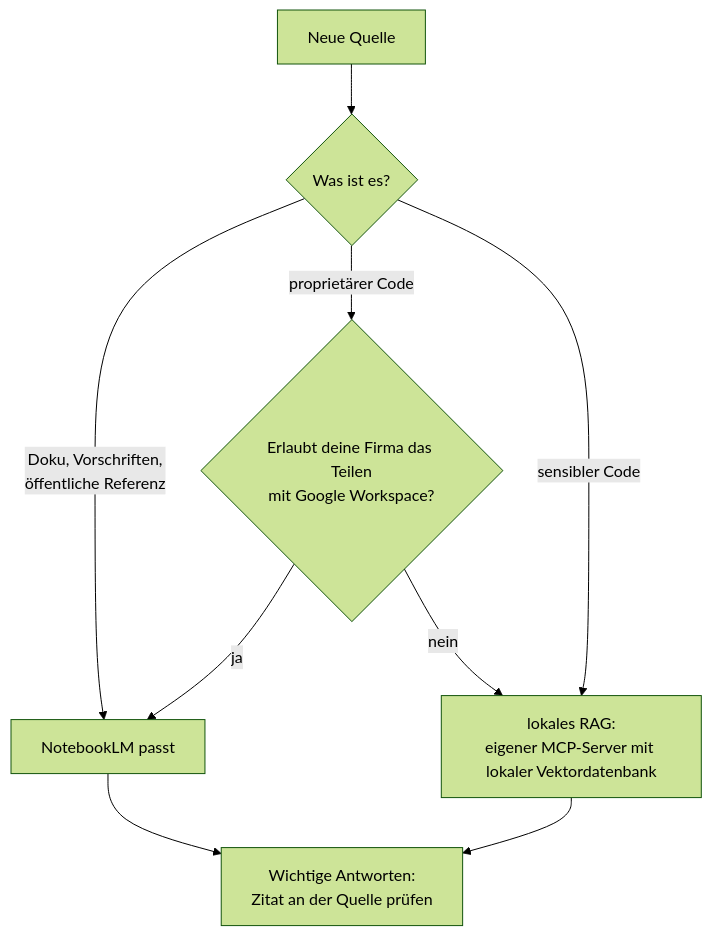
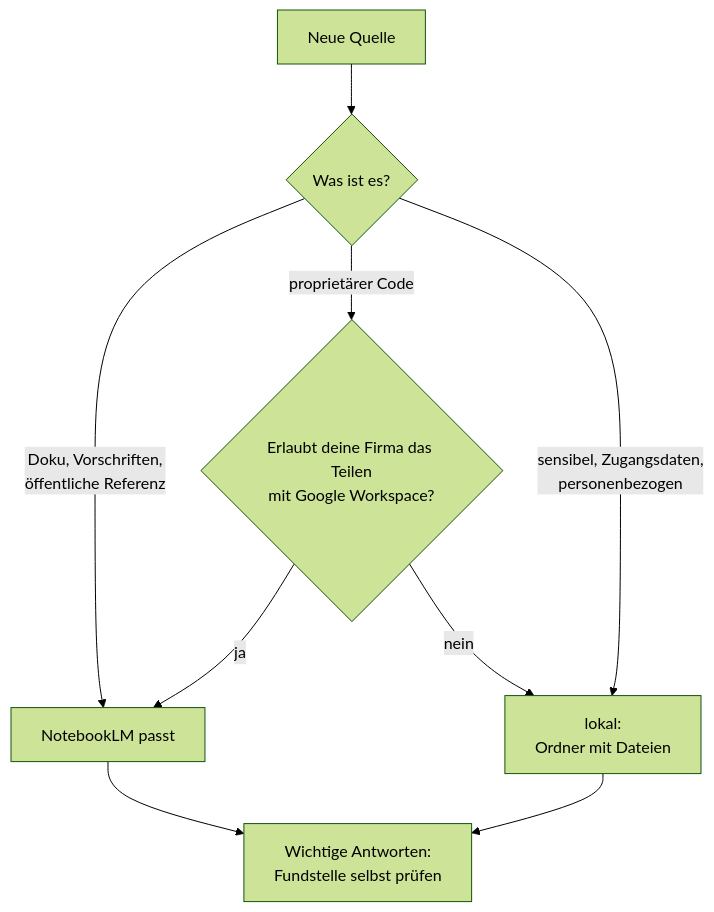
Before and after one commit to dynamic-dome/dynamic-workshop: the diagram in resources/library/s2-19-rag-grenzen.md, drawn with Mermaid (forest theme). The commit also changed other lines of this file, not shown here.

````diff
--- a/resources/library/s2-19-rag-grenzen.md
+++ b/resources/library/s2-19-rag-grenzen.md
@@ -43,11 +43,11 @@
 ```mermaid
 flowchart TD
   Q["Neue Quelle"] --> T{"Was ist es?"}
   T -- "Doku, Vorschriften,<br/>öffentliche Referenz" --> N["NotebookLM passt"]
   T -- "proprietärer Code" --> F{"Erlaubt deine Firma das Teilen<br/>mit Google Workspace?"}
   F -- "ja" --> N
-  F -- "nein" --> L["lokales RAG:<br/>eigener MCP-Server mit lokaler Vektordatenbank"]
-  T -- "sensibler Code" --> L
-  N --> V["Wichtige Antworten:<br/>Zitat an der Quelle prüfen"]
+  F -- "nein" --> L["lokal:<br/>Ordner mit Dateien"]
+  T -- "sensibel, Zugangsdaten,<br/>personenbezogen" --> L
+  N --> V["Wichtige Antworten:<br/>Fundstelle selbst prüfen"]
   L --> V
 ```
````
